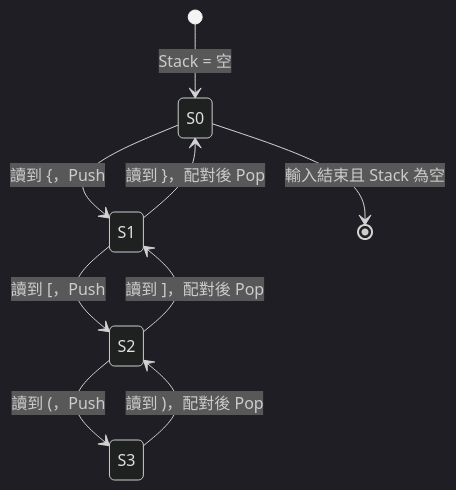
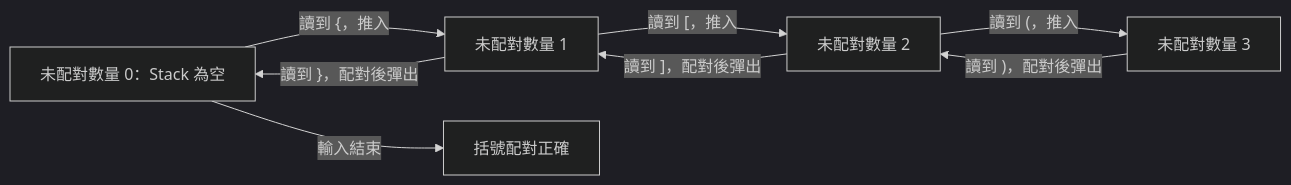
One commit to davidchen0970/algorithm_note changed the fifth of 16 diagrams in 02_data_structures/08_stack.md. Above: the diagram before and after it, drawn with Mermaid (dark theme). The commit also changed other lines of this file and 2 other files, not shown here.

````diff
--- a/02_data_structures/08_stack.md
+++ b/02_data_structures/08_stack.md
@@ -423,11 +449,10 @@
 ```mermaid
-stateDiagram-v2
-    [*] --> S0: Stack = 空
-    S0 --> S1: 讀到 {，Push
-    S1 --> S2: 讀到 [，Push
-    S2 --> S3: 讀到 (，Push
-    S3 --> S2: 讀到 )，配對後 Pop
-    S2 --> S1: 讀到 ]，配對後 Pop
-    S1 --> S0: 讀到 }，配對後 Pop
-    S0 --> [*]: 輸入結束且 Stack 為空
+flowchart LR
+    S0["未配對數量 0：Stack 為空"] -->|"讀到 {，推入"| S1["未配對數量 1"]
+    S1 -->|"讀到 [，推入"| S2["未配對數量 2"]
+    S2 -->|"讀到 (，推入"| S3["未配對數量 3"]
+    S3 -->|"讀到 )，配對後彈出"| S2
+    S2 -->|"讀到 ]，配對後彈出"| S1
+    S1 -->|"讀到 }，配對後彈出"| S0
+    S0 -->|"輸入結束"| OK["括號配對正確"]
 ```
````
